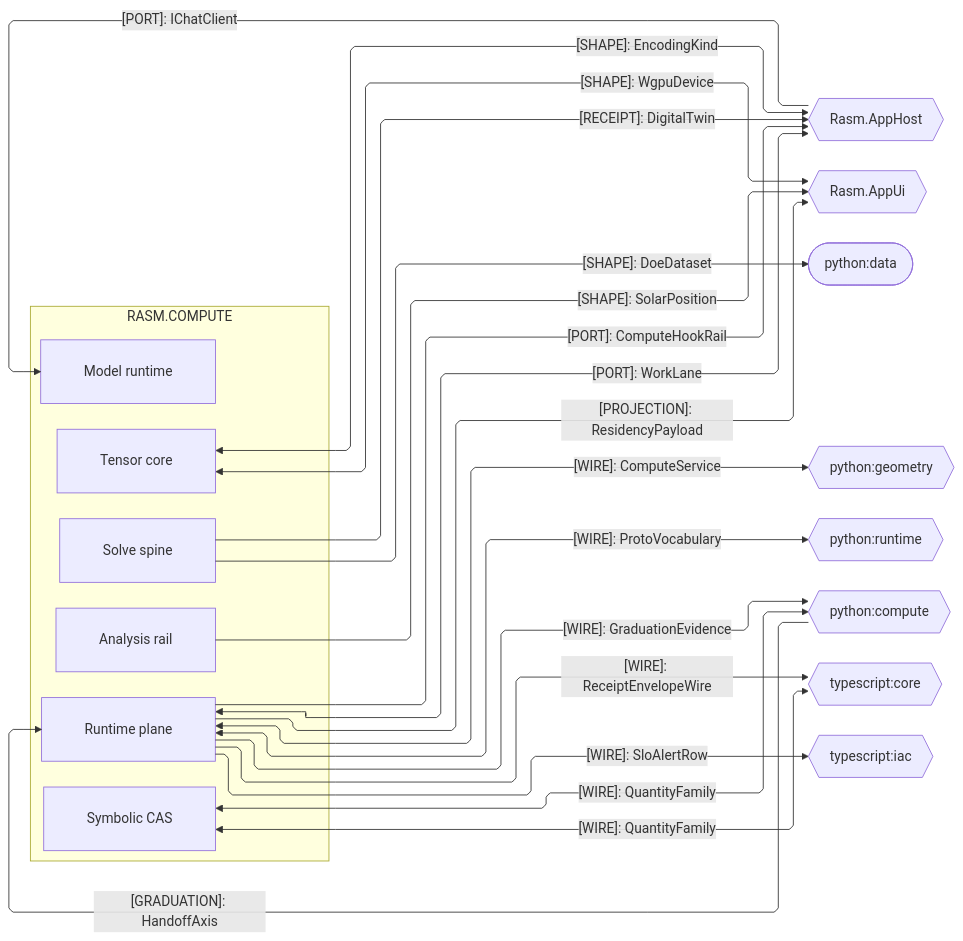
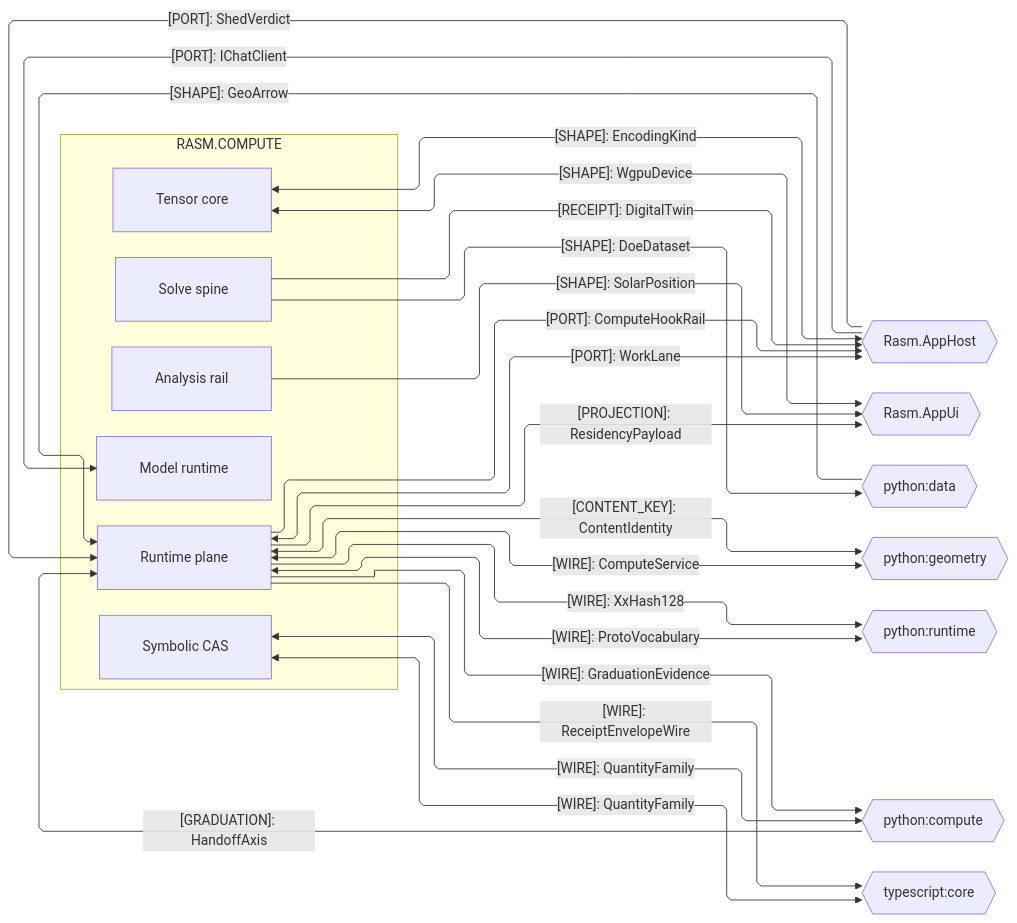
One commit to bsamiee/Rasm changed the third of 4 diagrams in libs/csharp/Rasm.Compute/ARCHITECTURE.md. Above: the diagram before and after it, drawn with Mermaid. The commit also changed other lines of this file and 486 other files, not shown here.

````diff
--- a/libs/csharp/Rasm.Compute/ARCHITECTURE.md
+++ b/libs/csharp/Rasm.Compute/ARCHITECTURE.md
@@ -185,45 +187,47 @@
 ```mermaid
 ---
 config:
   layout: elk
   flowchart:
     curve: linear
     padding: 25
 ---
 flowchart LR
     accTitle: Compute platform and cross-runtime seams
-    accDescr: Compute sub-domain owners exchanging ports, receipts, projections, wires, and graduation evidence with the AppHost and AppUi platform peers and the Python and TypeScript cross-runtime peers, one edge per contract family labeled by kind and shared shape.
+    accDescr: Compute owners exchanging port, receipt, projection, wire, content-key, and graduation contracts with platform and cross-runtime peers.
     subgraph compute[RASM.COMPUTE]
         Model[Model runtime]
         Tensor[Tensor core]
         Solver[Solve spine]
         Analysis[Analysis rail]
         Runtime[Runtime plane]
         Symbolic[Symbolic CAS]
     end
     AppHost{{Rasm.AppHost}}
     AppUi{{Rasm.AppUi}}
-    Data([python:data])
+    Data{{python:data}}
     Geometry{{python:geometry}}
     PyRuntime{{python:runtime}}
     Compute{{python:compute}}
     Core{{typescript:core}}
     Runtime e1@<-->|"[PORT]: WorkLane"| AppHost
     AppHost e2@-->|"[PORT]: IChatClient"| Model
+    AppHost e17@-->|"[PORT]: ShedVerdict"| Runtime
     Solver e3@-->|"[RECEIPT]: DigitalTwin"| AppHost
     Tensor e4@<-->|"[SHAPE]: EncodingKind"| AppHost
+    Runtime e15@-->|"[PORT]: ComputeHookRail"| AppHost
     Runtime e5@-->|"[PROJECTION]: ResidencyPayload"| AppUi
     Tensor e6@<-->|"[SHAPE]: WgpuDevice"| AppUi
     Analysis e7@-->|"[SHAPE]: SolarPosition"| AppUi
     Runtime e8@<-->|"[WIRE]: ComputeService"| Geometry
+    Runtime e18@<-->|"[CONTENT_KEY]: ContentIdentity"| Geometry
     Runtime e9@<-->|"[WIRE]: ProtoVocabulary"| PyRuntime
+    Runtime e19@-->|"[WIRE]: XxHash128"| PyRuntime
     Compute e10@-->|"[GRADUATION]: HandoffAxis"| Runtime
     Runtime e11@-->|"[WIRE]: GraduationEvidence"| Compute
     Symbolic e12@<-->|"[WIRE]: QuantityFamily"| Compute
     Solver e13@-->|"[SHAPE]: DoeDataset"| Data
-    Iac{{typescript:iac}}
+    Data e20@-->|"[SHAPE]: GeoArrow"| Runtime
     Runtime e14@-->|"[WIRE]: ReceiptEnvelopeWire"| Core
-    Runtime e15@-->|"[PORT]: ComputeHookRail"| AppHost
     Symbolic e16@<-->|"[WIRE]: QuantityFamily"| Core
-    Runtime e17@-->|"[WIRE]: SloAlertRow"| Iac
 ```
````
